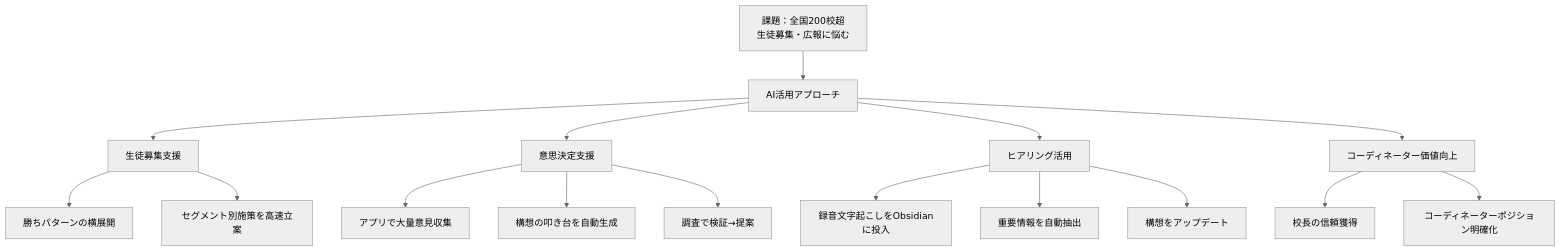
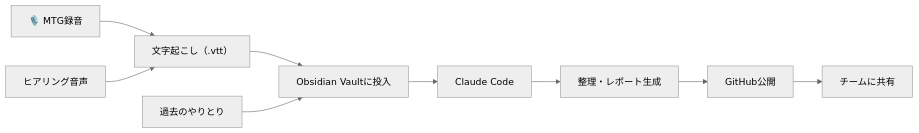
One commit to VOMOYA/planetary-learning-mtg-reports changed the seventh of 9 diagrams in プラネタリーラーニング_運営MTG_20260326.md. Above: the diagram before and after it, drawn with Mermaid (neutral theme). The commit also changed other lines of this file, not shown here.

First line of the commit message:
update: 文字起こし＋チャットログ反映、レポート完全版に更新

````diff
--- a/プラネタリーラーニング_運営MTG_20260326.md
+++ b/プラネタリーラーニング_運営MTG_20260326.md
@@ -224,23 +338,12 @@
 ```mermaid
-flowchart TD
-    A[課題：全国200校超<br/>生徒募集・広報に悩む] --> B[AI活用アプローチ]
+flowchart LR
+    A[🎙️ MTG録音] --> B[文字起こし（.vtt）]
+    B --> C[Obsidian Vaultに投入]
+    C --> D[Claude Code]
+    D --> E[整理・レポート生成]
+    E --> F[GitHub公開]
+    F --> G[チームに共有]
 
-    B --> C[生徒募集支援]
-    B --> D[意思決定支援]
-    B --> E[ヒアリング活用]
-    B --> F[コーディネーター価値向上]
-
-    C --> C1[勝ちパターンの横展開]
-    C --> C2[セグメント別施策を高速立案]
-
-    D --> D1[アプリで大量意見収集]
-    D --> D2[構想の叩き台を自動生成]
-    D --> D3[調査で検証→提案]
-
-    E --> E1[録音文字起こしをObsidianに投入]
-    E --> E2[重要情報を自動抽出]
-    E --> E3[構想をアップデート]
-
-    F --> F1[校長の信頼獲得]
-    F --> F2[コーディネーターポジション明確化]
+    H[過去のやりとり] --> C
+    I[ヒアリング音声] --> B
 ```
````
